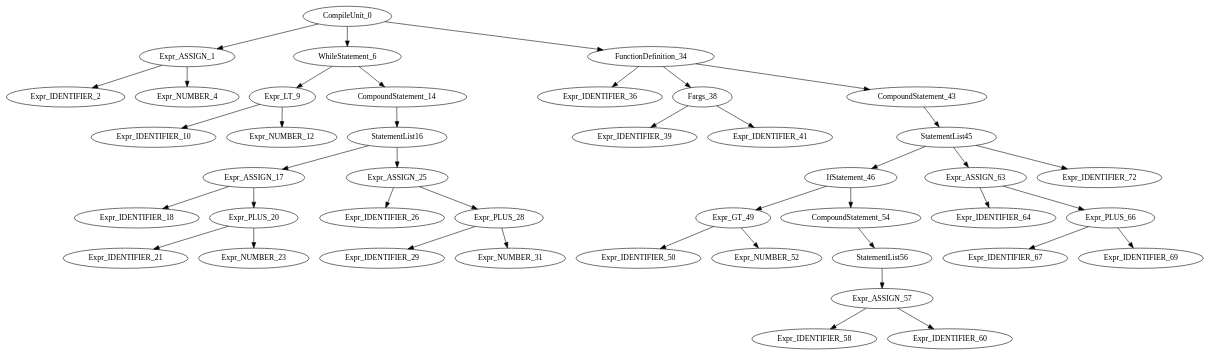
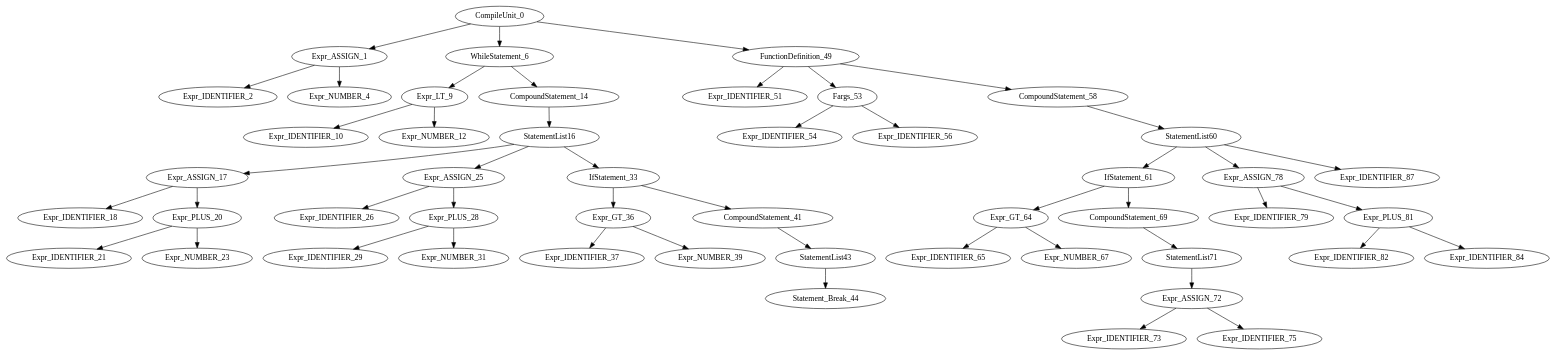
The diagram in MINIC2C/TestBench/test.dot (dhmhgreCompilersII/MINIC2C), drawn with Graphviz before and after one commit. The commit also changed 15 other files, not shown here.

Commit message:
Break statement added to grammar and implemented in Code Generation

```diff
--- a/MINIC2C/TestBench/test.dot
+++ b/MINIC2C/TestBench/test.dot
@@ -1,43 +1,50 @@
 digraph G{
 "CompileUnit_0"->"Expr_ASSIGN_1";
 "Expr_ASSIGN_1"->"Expr_IDENTIFIER_2";
 "Expr_ASSIGN_1"->"Expr_NUMBER_4";
 "CompileUnit_0"->"WhileStatement_6";
 "WhileStatement_6"->"Expr_LT_9";
 "Expr_LT_9"->"Expr_IDENTIFIER_10";
 "Expr_LT_9"->"Expr_NUMBER_12";
 "WhileStatement_6"->"CompoundStatement_14";
 "CompoundStatement_14"->"StatementList16";
 "StatementList16"->"Expr_ASSIGN_17";
 "Expr_ASSIGN_17"->"Expr_IDENTIFIER_18";
 "Expr_ASSIGN_17"->"Expr_PLUS_20";
 "Expr_PLUS_20"->"Expr_IDENTIFIER_21";
 "Expr_PLUS_20"->"Expr_NUMBER_23";
 "StatementList16"->"Expr_ASSIGN_25";
 "Expr_ASSIGN_25"->"Expr_IDENTIFIER_26";
 "Expr_ASSIGN_25"->"Expr_PLUS_28";
 "Expr_PLUS_28"->"Expr_IDENTIFIER_29";
 "Expr_PLUS_28"->"Expr_NUMBER_31";
-"CompileUnit_0"->"FunctionDefinition_34";
-"FunctionDefinition_34"->"Expr_IDENTIFIER_36";
-"FunctionDefinition_34"->"Fargs_38";
-"Fargs_38"->"Expr_IDENTIFIER_39";
-"Fargs_38"->"Expr_IDENTIFIER_41";
-"FunctionDefinition_34"->"CompoundStatement_43";
-"CompoundStatement_43"->"StatementList45";
-"StatementList45"->"IfStatement_46";
-"IfStatement_46"->"Expr_GT_49";
-"Expr_GT_49"->"Expr_IDENTIFIER_50";
-"Expr_GT_49"->"Expr_NUMBER_52";
-"IfStatement_46"->"CompoundStatement_54";
-"CompoundStatement_54"->"StatementList56";
-"StatementList56"->"Expr_ASSIGN_57";
-"Expr_ASSIGN_57"->"Expr_IDENTIFIER_58";
-"Expr_ASSIGN_57"->"Expr_IDENTIFIER_60";
-"StatementList45"->"Expr_ASSIGN_63";
-"Expr_ASSIGN_63"->"Expr_IDENTIFIER_64";
-"Expr_ASSIGN_63"->"Expr_PLUS_66";
-"Expr_PLUS_66"->"Expr_IDENTIFIER_67";
-"Expr_PLUS_66"->"Expr_IDENTIFIER_69";
-"StatementList45"->"Expr_IDENTIFIER_72";
+"StatementList16"->"IfStatement_33";
+"IfStatement_33"->"Expr_GT_36";
+"Expr_GT_36"->"Expr_IDENTIFIER_37";
+"Expr_GT_36"->"Expr_NUMBER_39";
+"IfStatement_33"->"CompoundStatement_41";
+"CompoundStatement_41"->"StatementList43";
+"StatementList43"->"Statement_Break_44";
+"CompileUnit_0"->"FunctionDefinition_49";
+"FunctionDefinition_49"->"Expr_IDENTIFIER_51";
+"FunctionDefinition_49"->"Fargs_53";
+"Fargs_53"->"Expr_IDENTIFIER_54";
+"Fargs_53"->"Expr_IDENTIFIER_56";
+"FunctionDefinition_49"->"CompoundStatement_58";
+"CompoundStatement_58"->"StatementList60";
+"StatementList60"->"IfStatement_61";
+"IfStatement_61"->"Expr_GT_64";
+"Expr_GT_64"->"Expr_IDENTIFIER_65";
+"Expr_GT_64"->"Expr_NUMBER_67";
+"IfStatement_61"->"CompoundStatement_69";
+"CompoundStatement_69"->"StatementList71";
+"StatementList71"->"Expr_ASSIGN_72";
+"Expr_ASSIGN_72"->"Expr_IDENTIFIER_73";
+"Expr_ASSIGN_72"->"Expr_IDENTIFIER_75";
+"StatementList60"->"Expr_ASSIGN_78";
+"Expr_ASSIGN_78"->"Expr_IDENTIFIER_79";
+"Expr_ASSIGN_78"->"Expr_PLUS_81";
+"Expr_PLUS_81"->"Expr_IDENTIFIER_82";
+"Expr_PLUS_81"->"Expr_IDENTIFIER_84";
+"StatementList60"->"Expr_IDENTIFIER_87";
 }
```
